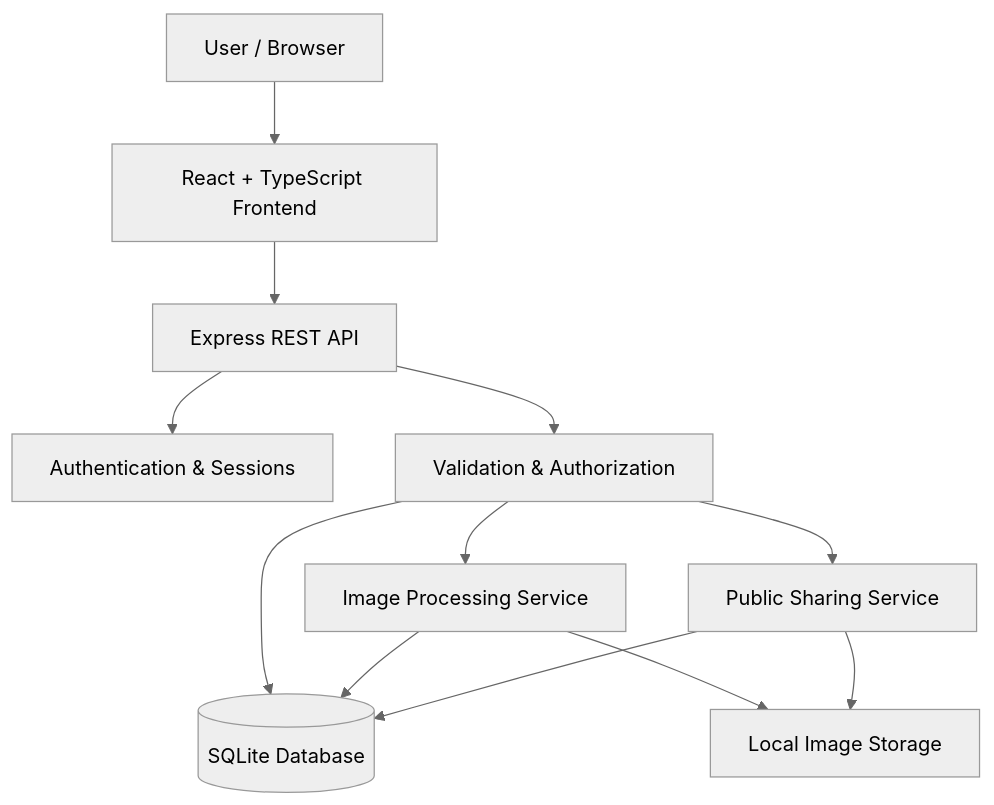
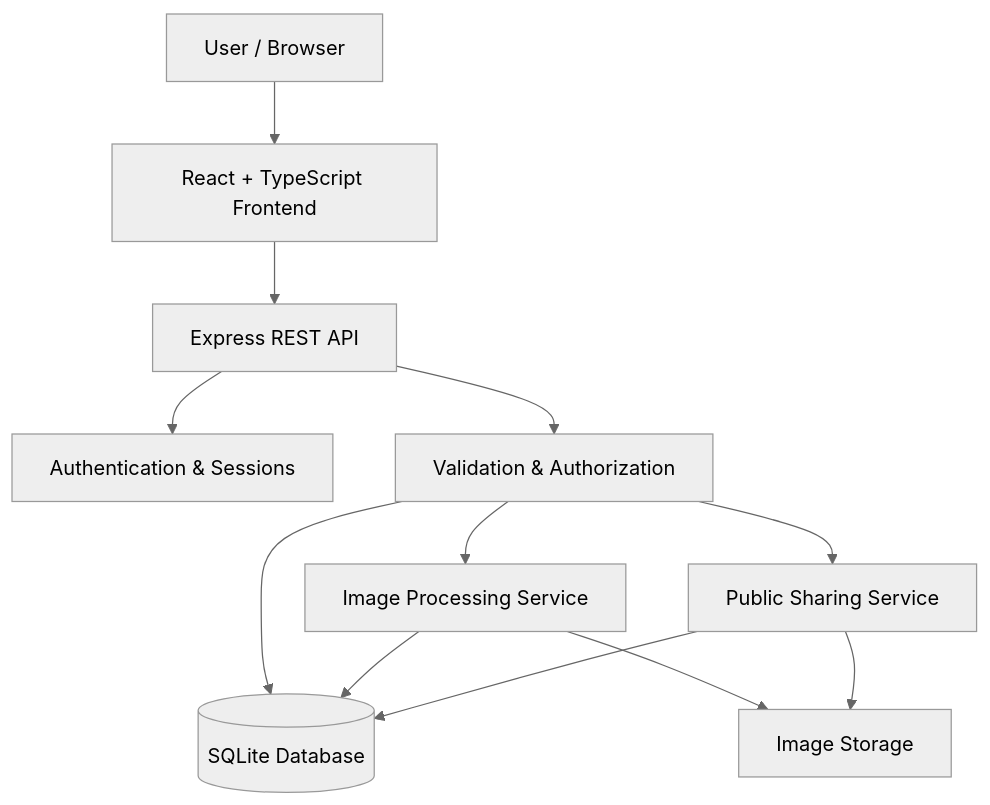
The first of 3 diagrams in README.md (ankitsingyadav/photo-albums), drawn with Mermaid (neutral theme) before and after one commit. The commit also changed other lines of this file, not shown here.

````diff
--- a/README.md
+++ b/README.md
@@ -132,24 +80,24 @@
 ```mermaid
 flowchart TD
     U[User / Browser]
     F[React + TypeScript Frontend]
-    A[Express REST API]
-    AU[Authentication & Sessions]
-    V[Validation & Authorization]
-    I[Image Processing Service]
-    D[(SQLite Database)]
-    S[Local Image Storage]
-    P[Public Sharing Service]
+    API[Express REST API]
+    AUTH[Authentication & Sessions]
+    VAL[Validation & Authorization]
+    IMG[Image Processing Service]
+    DB[(SQLite Database)]
+    STORE[Image Storage]
+    SHARE[Public Sharing Service]
 
     U --> F
-    F --> A
-    A --> AU
-    A --> V
-    V --> D
-    V --> I
-    I --> S
-    I --> D
-    V --> P
-    P --> D
-    P --> S
+    F --> API
+    API --> AUTH
+    API --> VAL
+    VAL --> DB
+    VAL --> IMG
+    IMG --> STORE
+    IMG --> DB
+    VAL --> SHARE
+    SHARE --> DB
+    SHARE --> STORE
 ```
````
